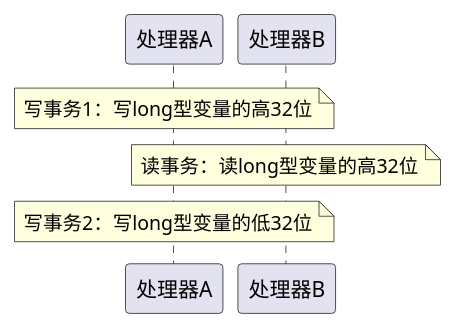
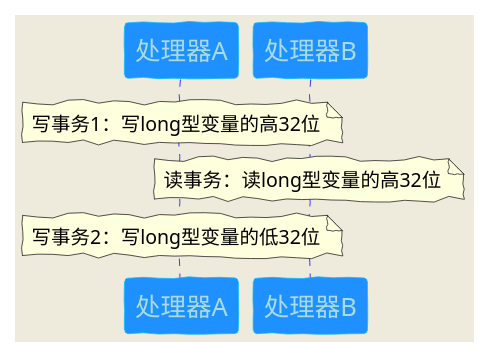
Before and after one commit to liuyehcf/BlogSource: the diagram in _posts/Java-顺序一致性.md, drawn with PlantUML. The commit also changed 9 other files, not shown here.

Commit message:
plantuml 该批复

````diff
--- a/_posts/Java-顺序一致性.md
+++ b/_posts/Java-顺序一致性.md
@@ -127,5 +127,25 @@
 ```plantuml
+skinparam backgroundColor #EEEBDC
+skinparam handwritten true
+
+skinparam sequence {
+	ArrowColor DeepSkyBlue
+	ActorBorderColor DeepSkyBlue
+	LifeLineBorderColor blue
+	LifeLineBackgroundColor #A9DCDF
+	
+	ParticipantBorderColor DeepSkyBlue
+	ParticipantBackgroundColor DodgerBlue
+	ParticipantFontName Impact
+	ParticipantFontSize 17
+	ParticipantFontColor #A9DCDF
+	
+	ActorBackgroundColor aqua
+	ActorFontColor DeepSkyBlue
+	ActorFontSize 17
+	ActorFontName Aapex
+}
 Note over 处理器A:写事务1：写long型变量的高32位
 Note over 处理器B:读事务：读long型变量的高32位
 Note over 处理器A:写事务2：写long型变量的低32位
 ```
````
